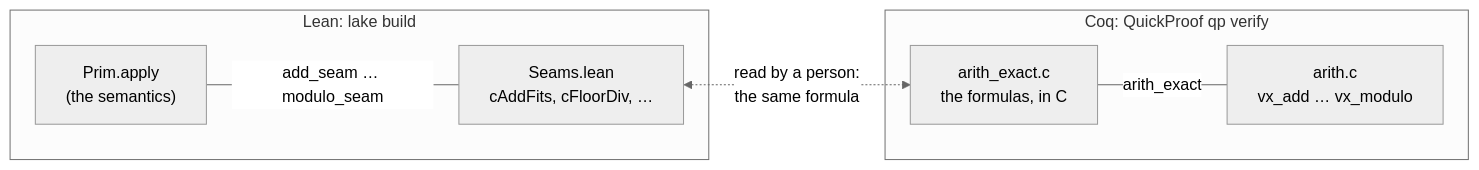
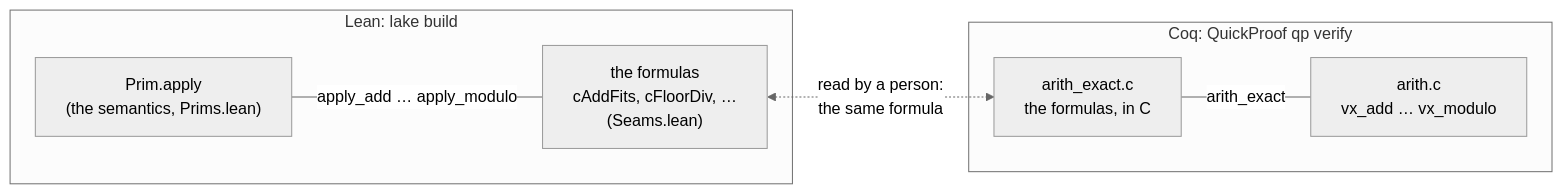
The fourth of 4 diagrams in docs/DESIGN.md (rudi-cilibrasi/openverse), drawn with Mermaid (neutral theme) before and after one commit. The commit also changed other lines of this file and 5 other files, not shown here.

First line of the commit message:
Docs: review fixes for the diagrams

````diff
--- a/docs/DESIGN.md
+++ b/docs/DESIGN.md
@@ -418,14 +419,14 @@
 ```mermaid
 flowchart LR
     subgraph lean["Lean: lake build"]
-        apply["Prim.apply<br/>(the semantics)"]
-        lf["Seams.lean<br/>cAddFits, cFloorDiv, …"]
-        apply -- "add_seam … modulo_seam" --- lf
+        apply["Prim.apply<br/>(the semantics, Prims.lean)"]
+        lf["the formulas<br/>cAddFits, cFloorDiv, …<br/>(Seams.lean)"]
+        apply -- "apply_add … apply_modulo" --- lf
     end
     subgraph coq["Coq: QuickProof qp verify"]
         cf["arith_exact.c<br/>the formulas, in C"]
         ac["arith.c<br/>vx_add … vx_modulo"]
         cf -- "arith_exact" --- ac
     end
     lf <-. "read by a person:<br/>the same formula" .-> cf
 ```
````
